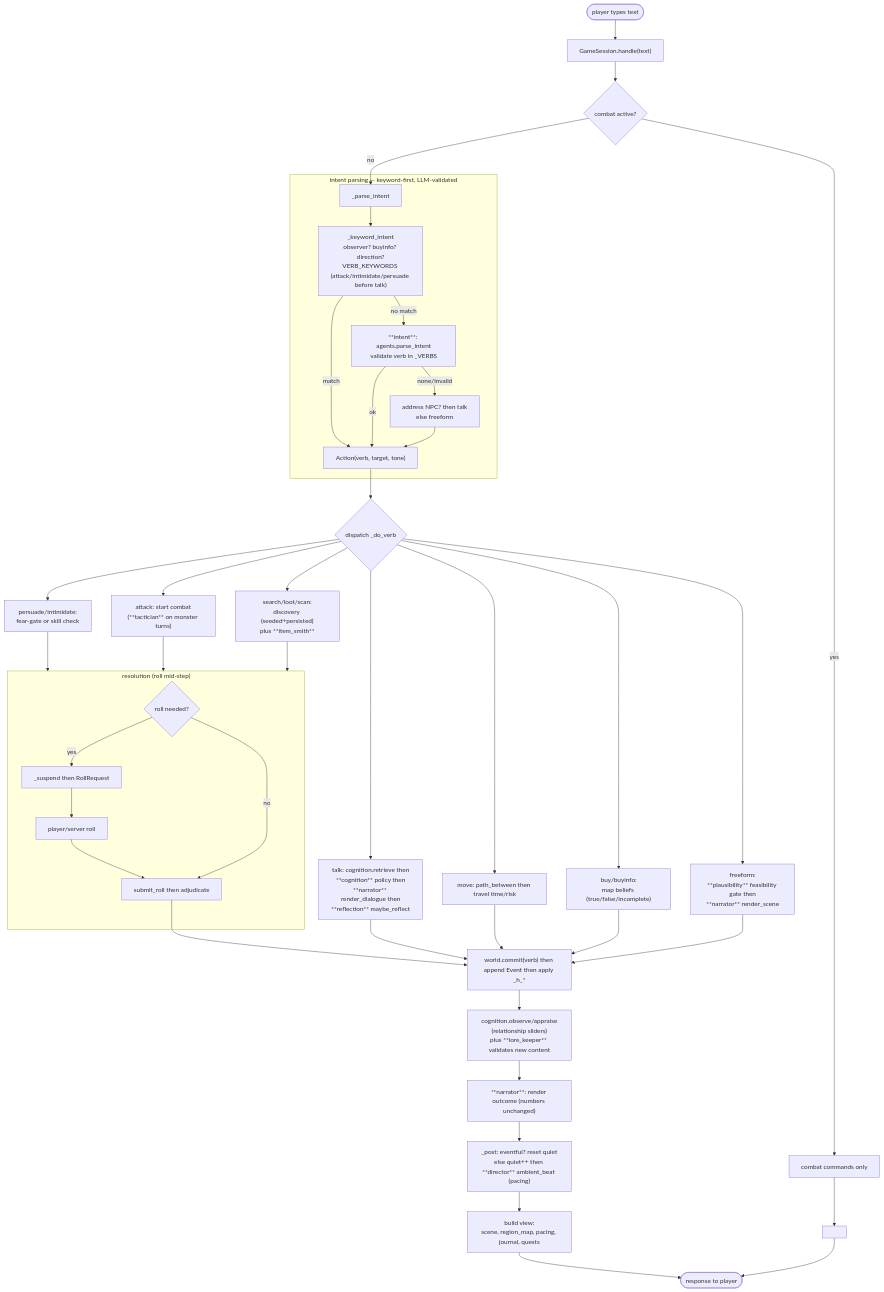
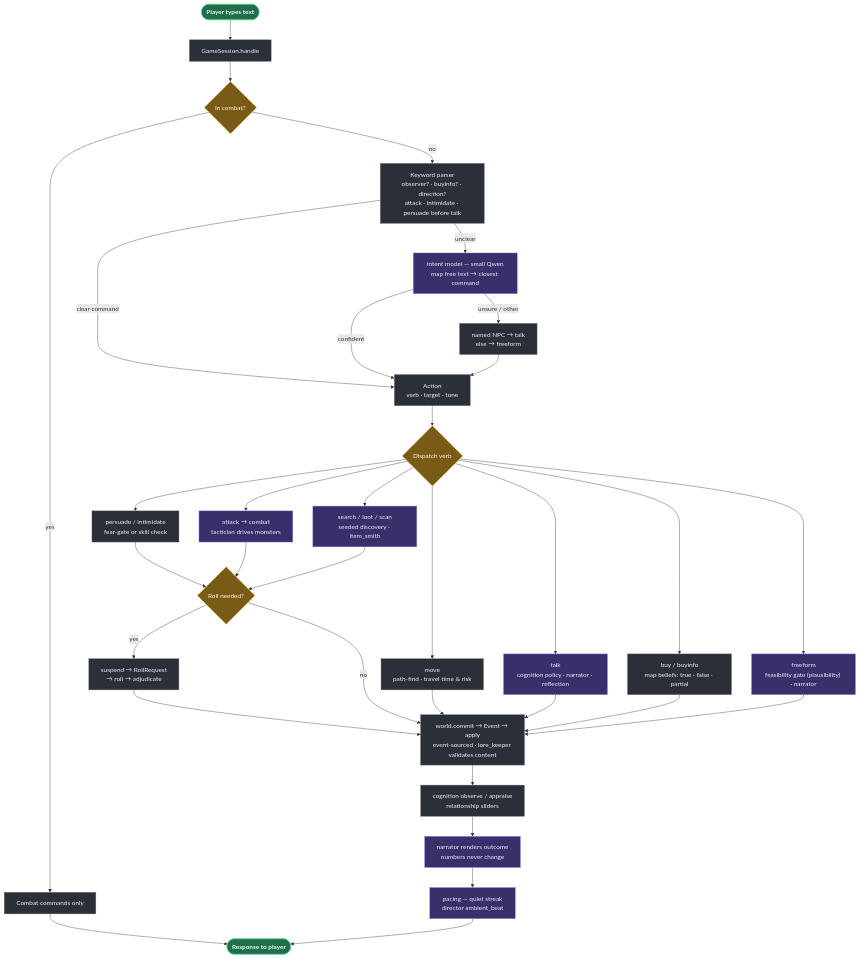
Before and after one commit to illaitar/ai-dnd: the diagram in README.md, drawn with Mermaid. The commit also changed other lines of this file and 15 other files, not shown here.

First line of the commit message:
combat: companions fight + narrator weapon fidelity; prettier turn diagram

````diff
--- a/README.md
+++ b/README.md
@@ -53,47 +54,43 @@
 ```mermaid
 flowchart TD
-  IN([player types text]) --> H["GameSession.handle(text)"]
-  H --> CB{combat active?}
-  CB -- yes --> CMB["combat commands only"] --> V
-  CB -- no --> PI["_parse_intent"]
+  IN([Player types text]):::io --> H["GameSession.handle"]:::core
+  H --> CB{In combat?}:::dec
+  CB -- yes --> CMB["Combat commands only"]:::core --> OUT
+  CB -- no --> KW["Keyword parser<br/>observer? · buyinfo? · direction?<br/>attack · intimidate · persuade before talk"]:::core
 
-  subgraph PARSE["intent parsing — keyword-first, LLM-validated"]
-    PI --> KW["_keyword_intent\nobserver? buyinfo? direction?\nVERB_KEYWORDS (attack/intimidate/persuade before talk)"]
-    KW -- match --> ACT["Action(verb, target, tone)"]
-    KW -- no match --> LLM["**intent**: agents.parse_intent\nvalidate verb in _VERBS"]
-    LLM -- ok --> ACT
-    LLM -- none/invalid --> DEF["address NPC? then talk\nelse freeform"]
-    DEF --> ACT
-  end
+  KW -- clear command --> ACT["Action<br/>verb · target · tone"]:::core
+  KW -- unclear --> LLM["intent model — small Qwen<br/>map free text → closest command"]:::llm
+  LLM -- confident --> ACT
+  LLM -- unsure / other --> DEF["named NPC → talk<br/>else → freeform"]:::core
+  DEF --> ACT
 
-  ACT --> DISP{dispatch _do_verb}
-  DISP --> MOVE["move: path_between then travel time/risk"]
-  DISP --> TALK["talk: cognition.retrieve then\n**cognition** policy then\n**narrator** render_dialogue then\n**reflection** maybe_reflect"]
-  DISP --> SOC["persuade/intimidate:\nfear-gate or skill check"]
-  DISP --> ATK["attack: start combat\n(**tactician** on monster turns)"]
-  DISP --> SRCH["search/loot/scan:\ndiscovery (seeded+persisted)\nplus **item_smith**"]
-  DISP --> BUY["buy/buyinfo:\nmap beliefs (true/false/incomplete)"]
-  DISP --> FREE["freeform:\n**plausibility** feasibility gate then\n**narrator** render_scene"]
+  ACT --> DISP{Dispatch verb}:::dec
+  DISP --> MOVE["move<br/>path-find · travel time & risk"]:::core
+  DISP --> TALK["talk<br/>cognition policy · narrator · reflection"]:::llm
+  DISP --> SOC["persuade / intimidate<br/>fear-gate or skill check"]:::core
+  DISP --> ATK["attack → combat<br/>tactician drives monsters"]:::llm
+  DISP --> SRCH["search / loot / scan<br/>seeded discovery · item_smith"]:::llm
+  DISP --> BUY["buy / buyinfo<br/>map beliefs: true · false · partial"]:::core
+  DISP --> FREE["freeform<br/>feasibility gate (plausibility) · narrator"]:::llm
 
-  subgraph RESOLVE["resolution (roll mid-step)"]
-    NEED{roll needed?} -- yes --> SUS["_suspend then RollRequest"] --> ROLL["player/server roll"] --> ADJ["submit_roll then adjudicate"]
-    NEED -- no --> ADJ
-  end
-
-  SOC --> RESOLVE
-  ATK --> RESOLVE
-  SRCH --> RESOLVE
-  ADJ --> COMMIT
+  SOC --> ROLL{Roll needed?}:::dec
+  ATK --> ROLL
+  SRCH --> ROLL
+  ROLL -- yes --> SUS["suspend → RollRequest<br/>→ roll → adjudicate"]:::core --> COMMIT
+  ROLL -- no --> COMMIT
+  MOVE --> COMMIT
   TALK --> COMMIT
-  MOVE --> COMMIT
   BUY --> COMMIT
   FREE --> COMMIT
 
-  COMMIT["world.commit(verb) then append Event then apply _h_*"]
-  COMMIT --> COG["cognition.observe/appraise\n(relationship sliders)\nplus **lore_keeper** validates new content"]
-  COG --> NARR["**narrator**: render outcome (numbers unchanged)"]
-  NARR --> POST["_post: eventful? reset quiet\nelse quiet++ then **director** ambient_beat (pacing)"]
-  POST --> VV["build view:\nscene, region_map, pacing, journal, quests"]
-  VV --> OUT([response to player])
-  V[ ] --> OUT
+  COMMIT["world.commit → Event → apply<br/>event-sourced · lore_keeper validates content"]:::core
+  COMMIT --> COG["cognition observe / appraise<br/>relationship sliders"]:::core
+  COG --> NARR["narrator renders outcome<br/>numbers never change"]:::llm
+  NARR --> POST["pacing — quiet streak<br/>director ambient_beat"]:::llm
+  POST --> OUT([Response to player]):::io
+
+  classDef io fill:#1f6f4a,stroke:#5fd39a,color:#eafff4,font-weight:bold;
+  classDef llm fill:#3a2f6b,stroke:#9d8cff,color:#efeaff;
+  classDef dec fill:#7a5b16,stroke:#e6b84a,color:#fff7e6;
+  classDef core fill:#2b2f37,stroke:#6b7480,color:#eef1f5;
 ```
````
